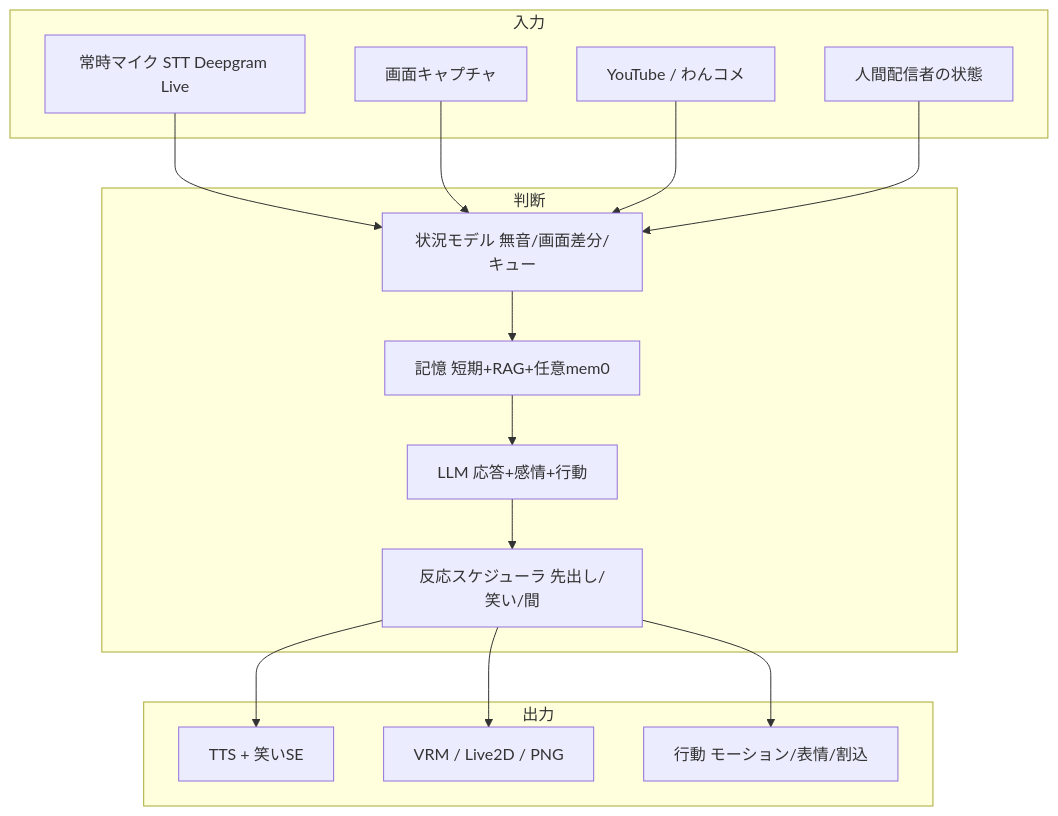
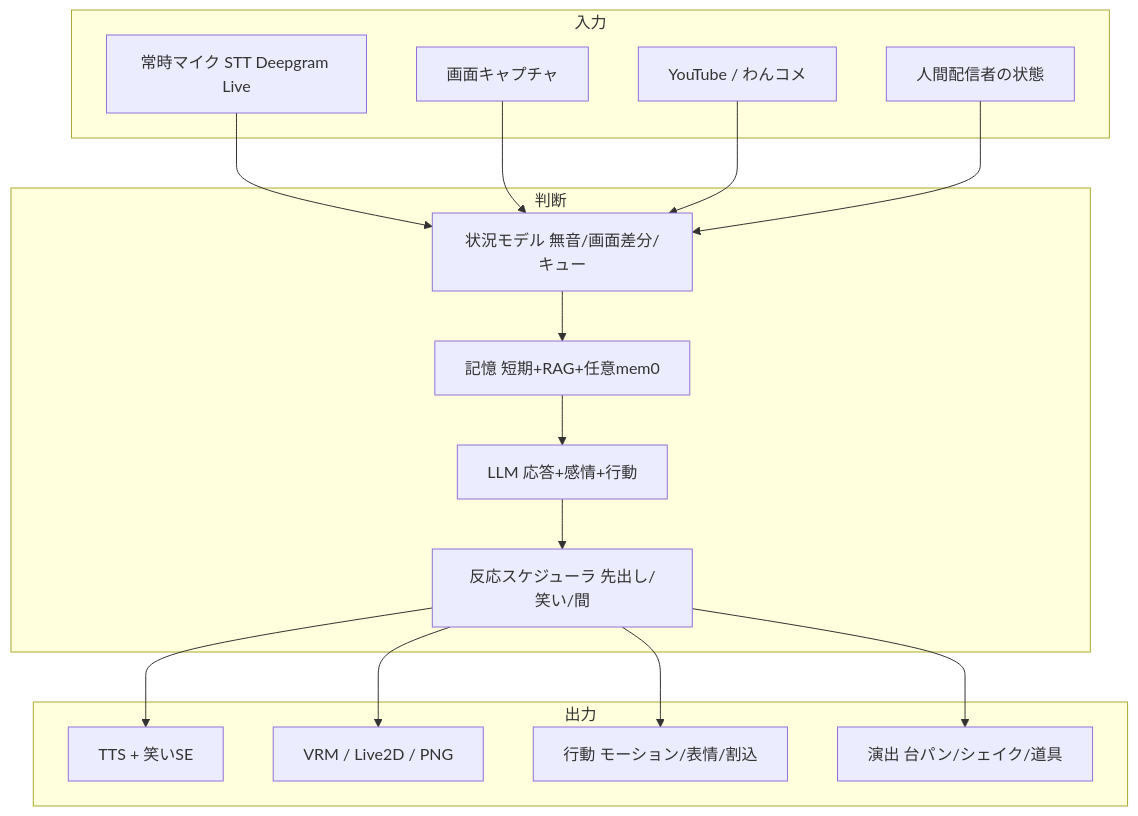
Before and after one commit to kawashimawataru/aituber-kit: the first of 2 diagrams in docs/development-roadmap-ja.md, drawn with Mermaid. The commit also changed other lines of this file, not shown here.

````diff
--- a/docs/development-roadmap-ja.md
+++ b/docs/development-roadmap-ja.md
@@ -84,33 +86,35 @@
 ```mermaid
 flowchart TB
   subgraph inputs [入力]
     MIC[常時マイク STT Deepgram Live]
     SCR[画面キャプチャ]
     YT[YouTube / わんコメ]
     HUM[人間配信者の状態]
   end
 
   subgraph brain [判断]
     CTX[状況モデル 無音/画面差分/キュー]
     MEM[記憶 短期+RAG+任意mem0]
     LLM[LLM 応答+感情+行動]
     RXN[反応スケジューラ 先出し/笑い/間]
   end
 
   subgraph outputs [出力]
     TTS[TTS + 笑いSE]
     AVA[VRM / Live2D / PNG]
     ACT[行動 モーション/表情/割込]
+    STG[演出 台パン/シェイク/道具]
   end
 
   MIC --> CTX
   SCR --> CTX
   YT --> CTX
   HUM --> CTX
   CTX --> MEM
   MEM --> LLM
   LLM --> RXN
   RXN --> TTS
   RXN --> AVA
   RXN --> ACT
+  RXN --> STG
 ```
````
